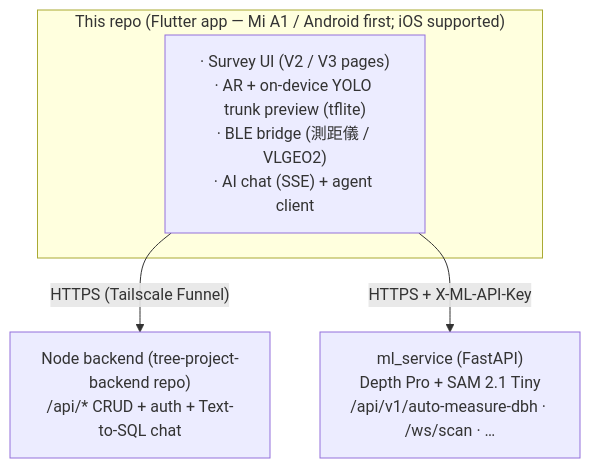
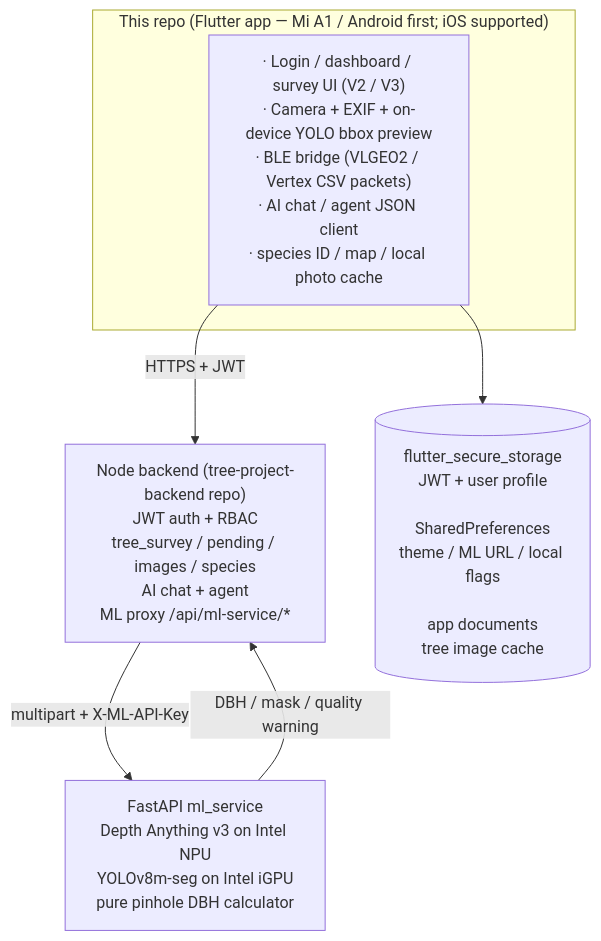
One commit to icmnlab/tree-project-frontend changed the diagram in README.md. Above: the diagram before and after it, drawn with Mermaid. The commit also changed other lines of this file and 4 other files, not shown here.

Commit message:
chore: map, scanner, BLE import and vision DBH updates

````diff
--- a/README.md
+++ b/README.md
@@ -14,10 +14,13 @@
 ```mermaid
 flowchart TB
   subgraph repo["This repo (Flutter app — Mi A1 / Android first; iOS supported)"]
-    app["· Survey UI (V2 / V3 pages)<br/>· AR + on-device YOLO trunk preview (tflite)<br/>· BLE bridge (測距儀 / VLGEO2)<br/>· AI chat (SSE) + agent client"]
+    app["· Login / dashboard / survey UI (V2 / V3)<br/>· Camera + EXIF + on-device YOLO bbox preview<br/>· BLE bridge (VLGEO2 / Vertex CSV packets)<br/>· AI chat / agent JSON client<br/>· species ID / map / local photo cache"]
   end
-  be["Node backend (tree-project-backend repo)<br/>/api/* CRUD + auth + Text-to-SQL chat"]
-  ml["ml_service (FastAPI)<br/>Depth Pro + SAM 2.1 Tiny<br/>/api/v1/auto-measure-dbh · /ws/scan · …"]
-  app -- "HTTPS (Tailscale Funnel)" --> be
-  app -- "HTTPS + X-ML-API-Key" --> ml
+  be["Node backend (tree-project-backend repo)<br/>JWT auth + RBAC<br/>tree_survey / pending / images / species<br/>AI chat + agent<br/>ML proxy /api/ml-service/*"]
+  ml["FastAPI ml_service<br/>Depth Anything v3 on Intel NPU<br/>YOLOv8m-seg on Intel iGPU<br/>pure pinhole DBH calculator"]
+  store[("flutter_secure_storage<br/>JWT + user profile<br/><br/>SharedPreferences<br/>theme / ML URL / local flags<br/><br/>app documents<br/>tree image cache")]
+  app -- "HTTPS + JWT" --> be
+  be -- "multipart + X-ML-API-Key" --> ml
+  ml -- "DBH / mask / quality warning" --> be
+  app --> store
 ```
````
